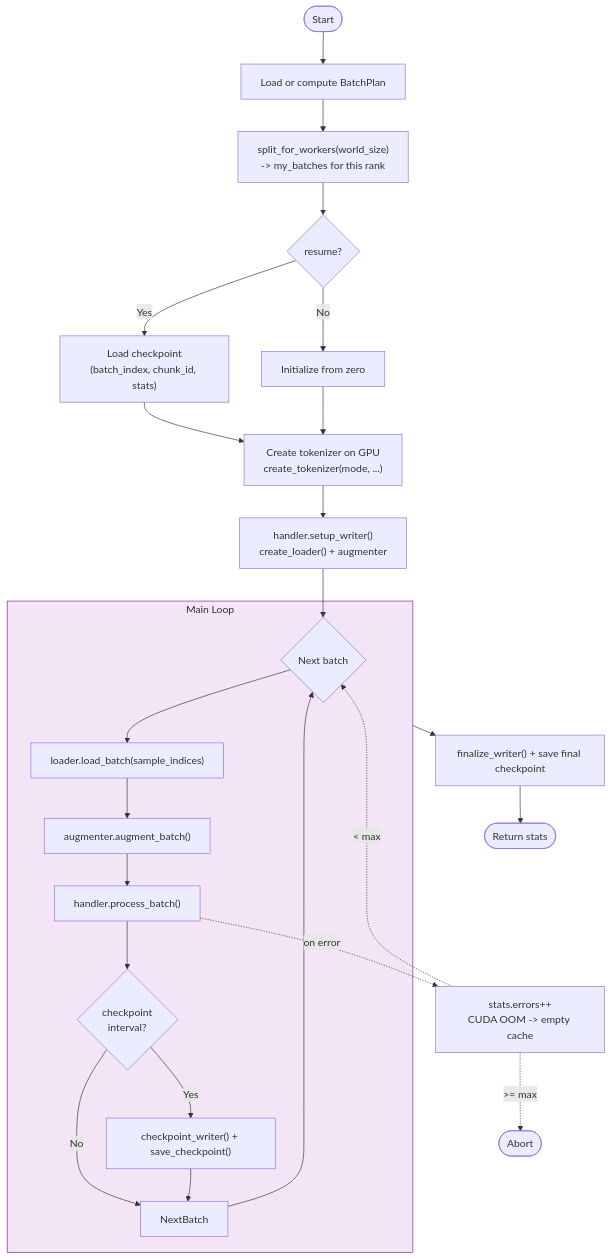
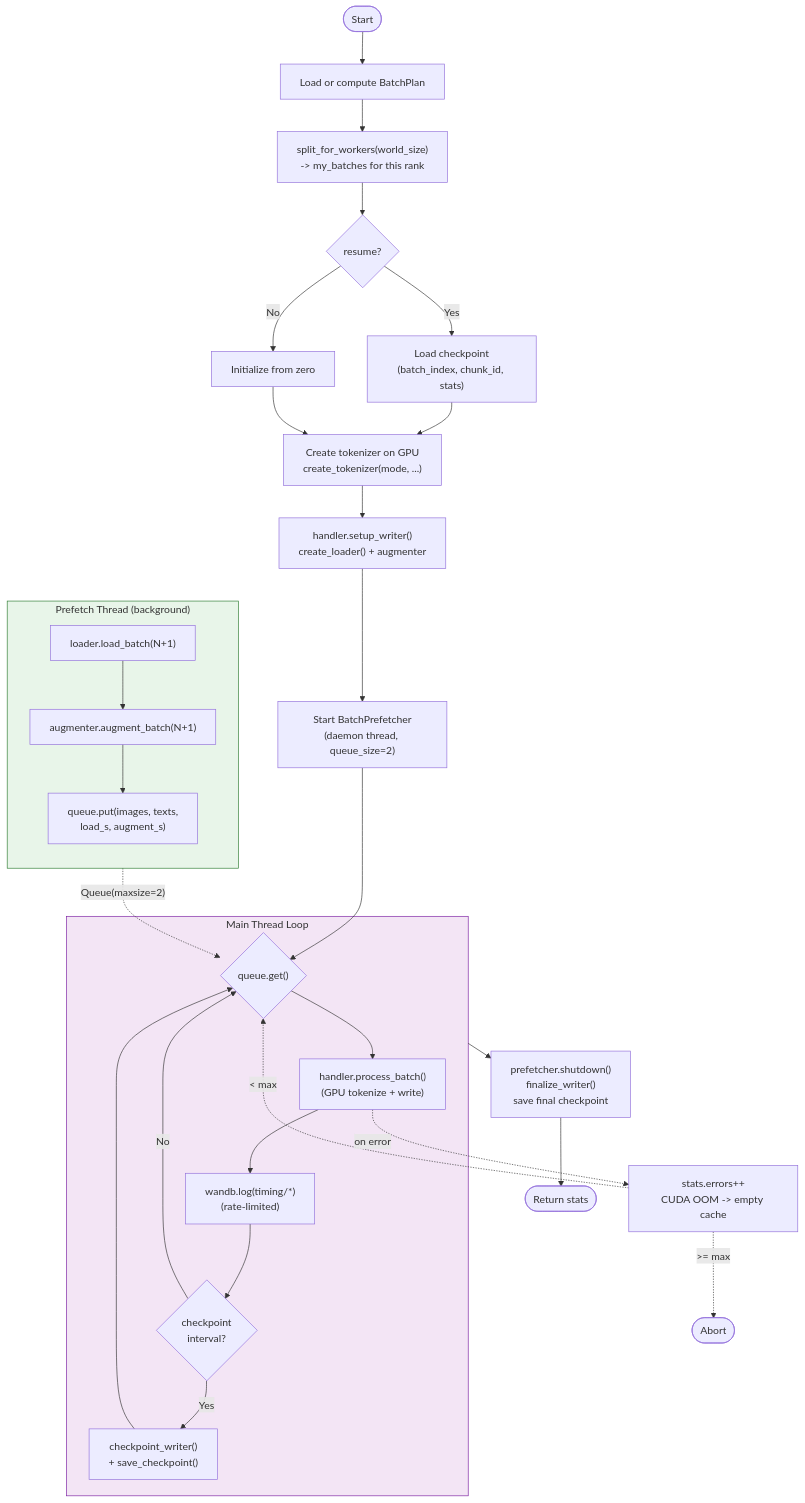
One commit to swiss-ai/benchmark-image-tokenzier changed the fifth of 11 diagrams in vision_tokenization/README.md. Above: the diagram before and after it, drawn with Mermaid. The commit also changed other lines of this file and 7 other files, not shown here.

````diff
--- a/vision_tokenization/README.md
+++ b/vision_tokenization/README.md
@@ -344,37 +346,46 @@
 ```mermaid
 flowchart TD
     Start([Start]) --> LoadPlan["Load or compute BatchPlan"]
     LoadPlan --> Split["split_for_workers(world_size)<br/>-> my_batches for this rank"]
     Split --> Resume{"resume?"}
 
     Resume -->|Yes| LoadCkpt["Load checkpoint<br/>(batch_index, chunk_id, stats)"]
     Resume -->|No| InitStats["Initialize from zero"]
     LoadCkpt & InitStats --> CreateTok
 
     CreateTok["Create tokenizer on GPU<br/>create_tokenizer(mode, ...)"]
     CreateTok --> Setup["handler.setup_writer()<br/>create_loader() + augmenter"]
-    Setup --> LoopStart
+    Setup --> StartPrefetch["Start BatchPrefetcher<br/>(daemon thread, queue_size=2)"]
+    StartPrefetch --> LoopStart
 
-    subgraph MainLoop["Main Loop"]
-        LoopStart{"Next batch"} --> LoadBatch["loader.load_batch(sample_indices)"]
-        LoadBatch --> Augment["augmenter.augment_batch()"]
-        Augment --> Process["handler.process_batch()"]
-        Process --> ChkPt{"checkpoint<br/>interval?"}
-        ChkPt -->|Yes| DoChkPt["checkpoint_writer() + save_checkpoint()"]
-        ChkPt -->|No| NextBatch
-        DoChkPt --> NextBatch
-        NextBatch --> LoopStart
+    subgraph PrefetchThread["Prefetch Thread (background)"]
+        direction TB
+        PF_Load["loader.load_batch(N+1)"] --> PF_Aug["augmenter.augment_batch(N+1)"]
+        PF_Aug --> PF_Queue["queue.put(images, texts,<br/>load_s, augment_s)"]
     end
+
+    subgraph MainLoop["Main Thread Loop"]
+        LoopStart{"queue.get()"} --> Process["handler.process_batch()<br/>(GPU tokenize + write)"]
+        Process --> WandB["wandb.log(timing/*)<br/>(rate-limited)"]
+        WandB --> ChkPt{"checkpoint<br/>interval?"}
+        ChkPt -->|Yes| DoChkPt["checkpoint_writer()<br/>+ save_checkpoint()"]
+        ChkPt -->|No| LoopStart
+        DoChkPt --> LoopStart
+    end
+
+    PF_Queue -.->|"Queue(maxsize=2)"| LoopStart
 
     Process -.->|"on error"| ErrHandle["stats.errors++<br/>CUDA OOM -> empty cache"]
     ErrHandle -.->|"< max"| LoopStart
     ErrHandle -.->|">= max"| Abort([Abort])
 
-    MainLoop --> Finalize["finalize_writer() + save final checkpoint"]
+    MainLoop --> Finalize["prefetcher.shutdown()<br/>finalize_writer()<br/>save final checkpoint"]
     Finalize --> Done([Return stats])
 
     click LoadPlan href "https://github.com/swiss-ai/benchmark-image-tokenzier/blob/main/vision_tokenization/pipelines/distributed/core.py"
     click CreateTok href "https://github.com/swiss-ai/benchmark-image-tokenzier/blob/main/vision_tokenization/vokenizers/emu/__init__.py"
+    click StartPrefetch href "https://github.com/swiss-ai/benchmark-image-tokenzier/blob/main/vision_tokenization/pipelines/distributed/prefetch.py"
 
+    style PrefetchThread fill:#e8f5e9,stroke:#2E7D32
     style MainLoop fill:#f3e5f5,stroke:#7B1FA2
 ```
````
